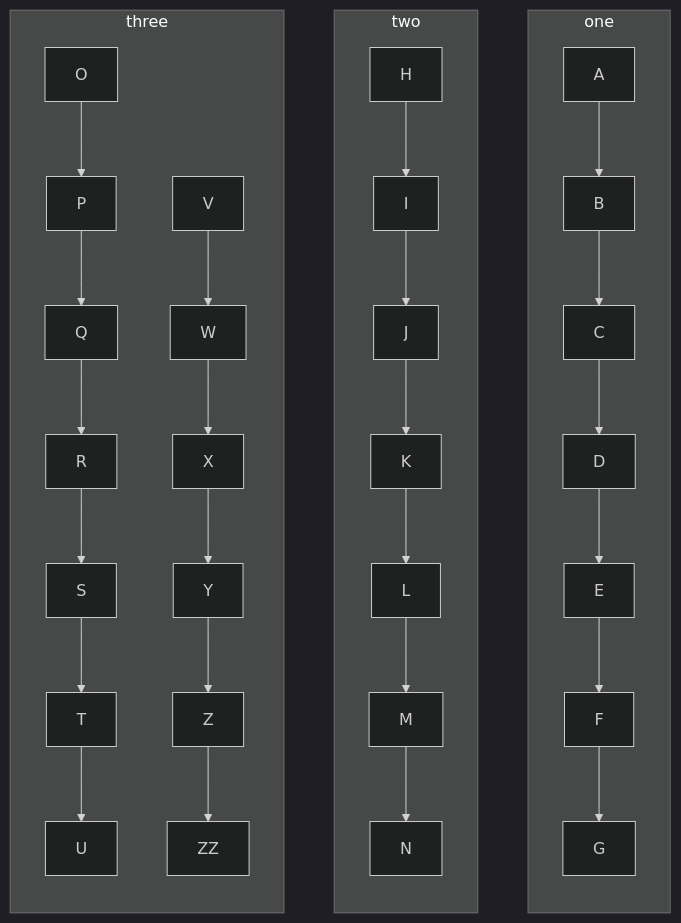
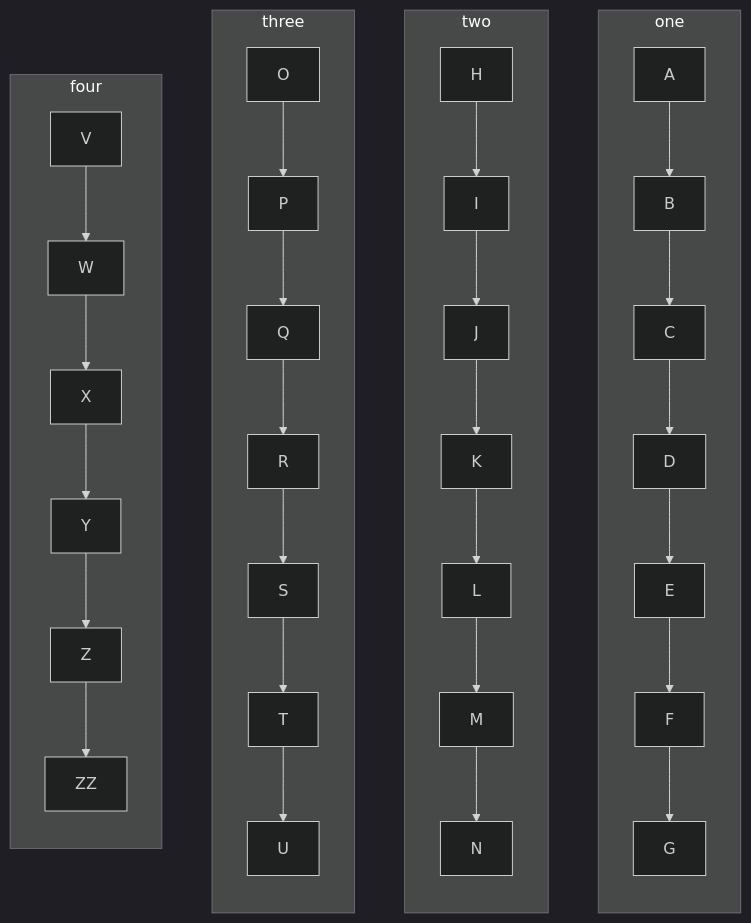
Before and after one commit to brolonium210/ENGR101_MD: the diagram in project01FlowchartCore.md, drawn with Mermaid (dark theme).

````diff
--- a/project01FlowchartCore.md
+++ b/project01FlowchartCore.md
@@ -1,39 +1,39 @@
 ```mermaid
 
 flowchart TB
 subgraph one
 direction TB
 A-->B
 B-->C
 C-->D
 D-->E
 E-->F
 F-->G
 end
 subgraph two
 direction TB 
 H-->I
 I-->J
 J-->K
 K-->L
 L-->M
 M-->N
 end
 subgraph three
 direction TB 
 O-->P
 P-->Q
 Q-->R
 R-->S
 S-->T
 T-->U
 end
-subgraph three
+subgraph four
 direction TB 
 V-->W
 W-->X
 X-->Y
 Y-->Z
 Z-->ZZ
 end
 ```
````
